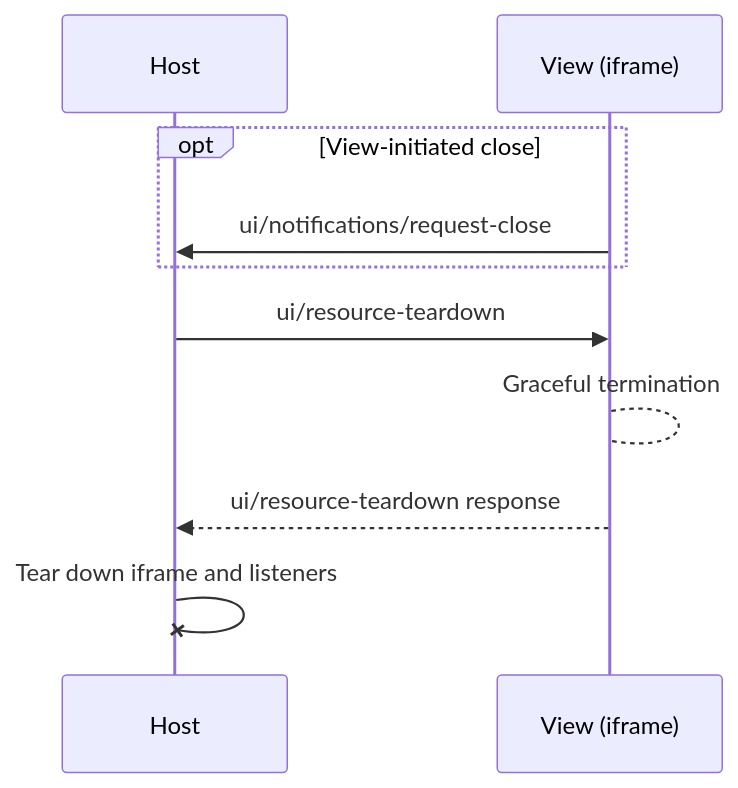
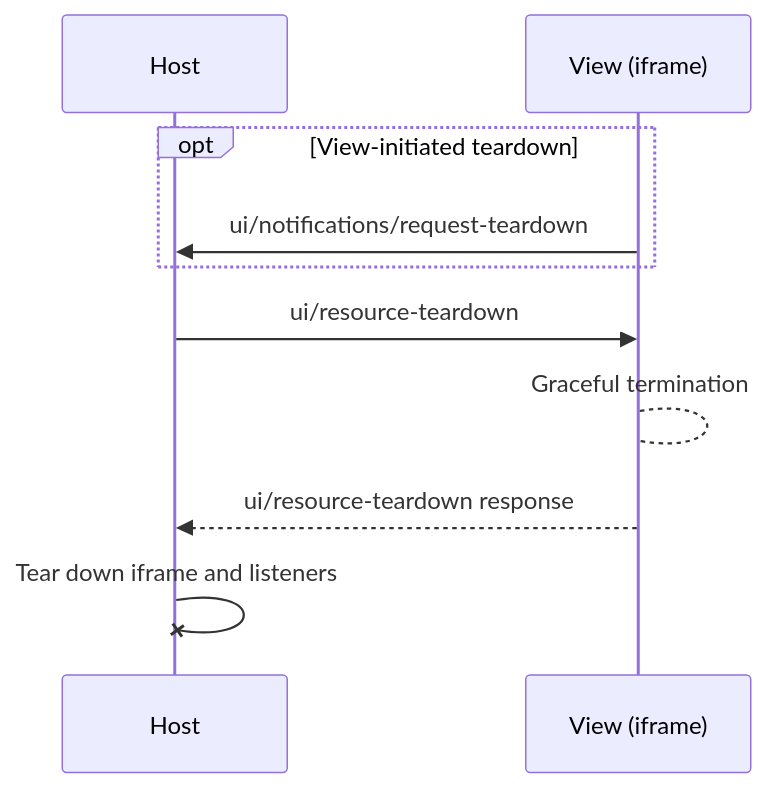
One commit to alpic-ai/ext-apps changed the fourth of 4 diagrams in specification/draft/apps.mdx. Above: the diagram before and after it, drawn with Mermaid. The commit also changed other lines of this file and 8 other files, not shown here.

Commit message:
Align spec terminology to teardown/termination instead of close/clearnup

````diff
--- a/specification/draft/apps.mdx
+++ b/specification/draft/apps.mdx
@@ -1487,12 +1484,12 @@
 ```mermaid
 sequenceDiagram
   participant H as Host
   participant UI as View (iframe)
-  opt View-initiated close
-    UI ->> H: ui/notifications/request-close
+  opt View-initiated teardown
+    UI ->> H: ui/notifications/request-teardown
   end
   H ->> UI: ui/resource-teardown
   UI --> UI: Graceful termination
   UI -->> H: ui/resource-teardown response
   H -x H: Tear down iframe and listeners
 ```
````
